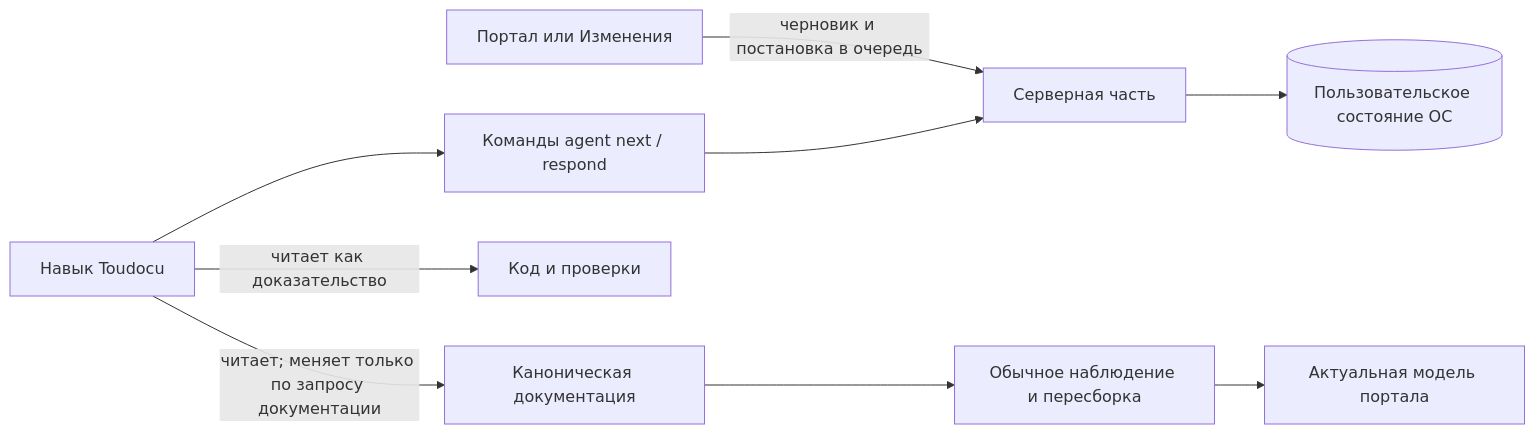
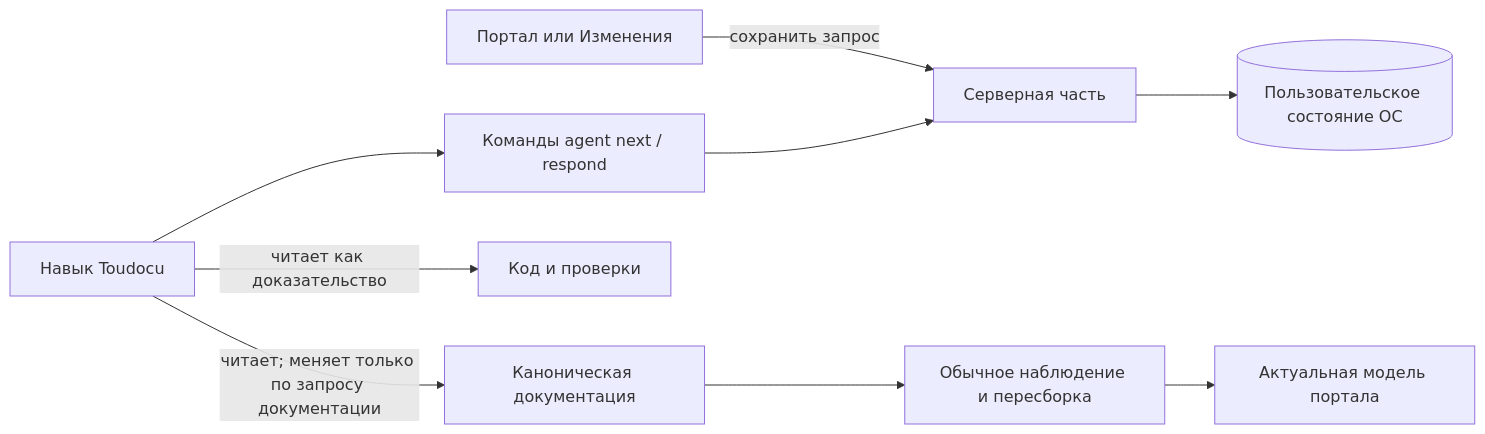
The diagram in docs/architecture/agent-feedback-delivery.md (lumenikoly/toudocu), drawn with Mermaid before and after one commit. The commit also changed other lines of this file and 40 other files, not shown here.

Commit message:
update feedback flow

````diff
--- a/docs/architecture/agent-feedback-delivery.md
+++ b/docs/architecture/agent-feedback-delivery.md
@@ -14,11 +14,11 @@
 ```mermaid
 flowchart LR
-    Browser[Портал или Изменения] -->|черновик и постановка в очередь| Core[Серверная часть]
+    Browser[Портал или Изменения] -->|сохранить запрос| Core[Серверная часть]
     Core --> Store[(Пользовательское состояние ОС)]
     CLI[Команды agent next / respond] --> Core
     Skill[Навык Toudocu] --> CLI
     Skill -->|читает как доказательство| Code[Код и проверки]
     Skill -->|читает; меняет только по запросу документации| Docs[Каноническая документация]
     Docs --> Watcher[Обычное наблюдение и пересборка]
     Watcher --> Portal[Актуальная модель портала]
 ```
````
